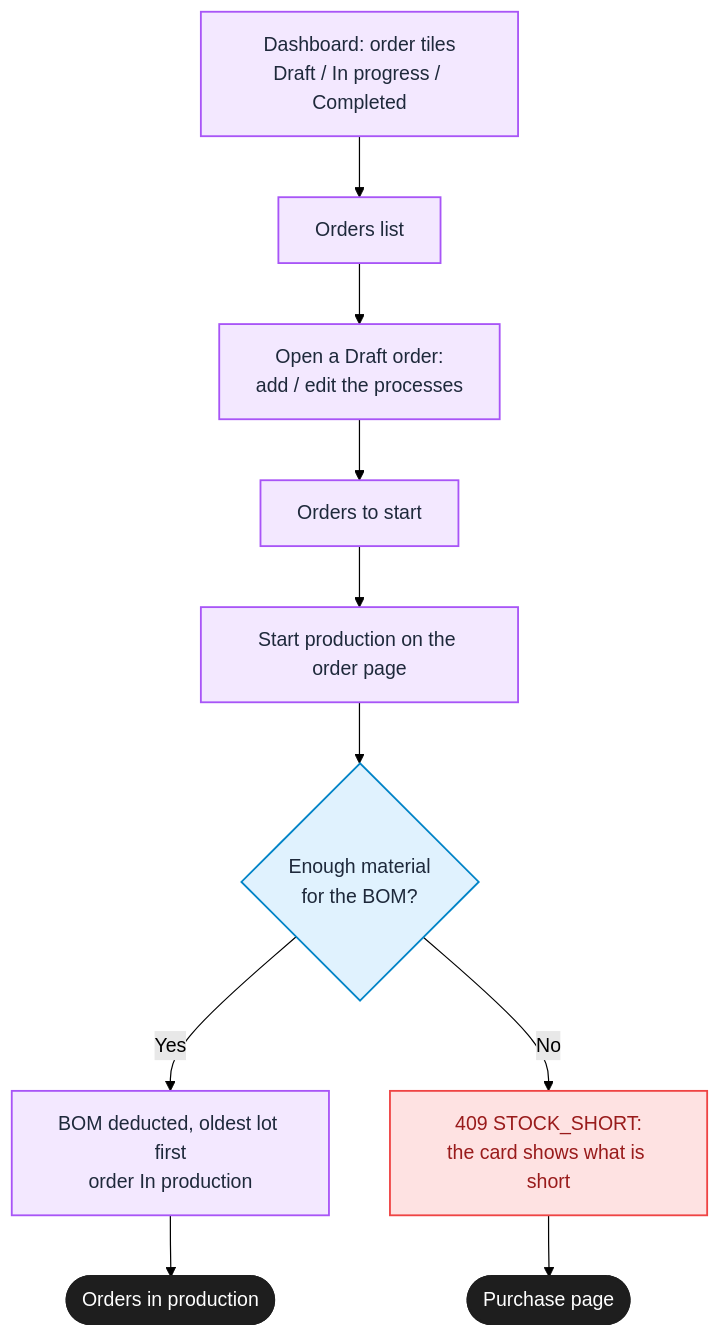
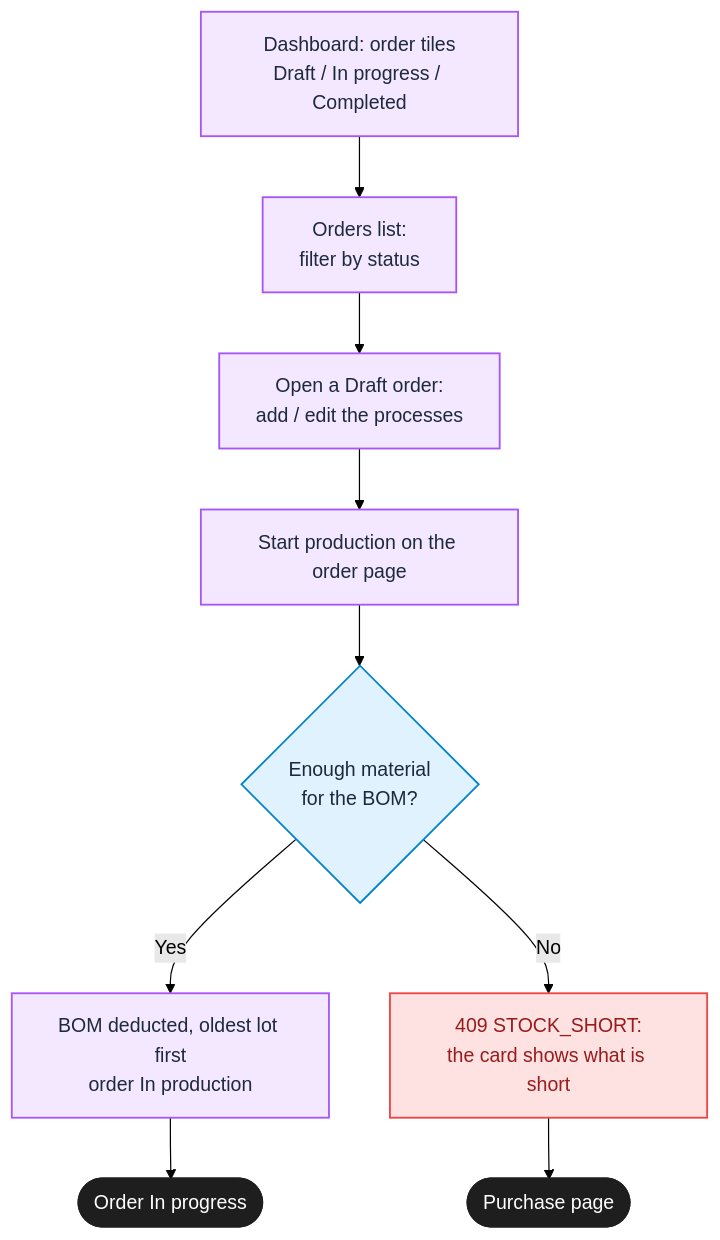
The fifth of 12 diagrams in docs/ProjectdocInfo/UserFlow/User Flow.md (Detmon0410/Base_Sample_ERP), drawn with Mermaid (forest theme) before and after one commit. The commit also changed other lines of this file and 12 other files, not shown here.

Commit message:
Diagrams follow the system: Accounting has a supplier side, Sale Worker does not edit orders, products have no processes and Materials are in Stock, the Dashboard only has order tiles, the Purchase page lists Low or Out materials, no mock in the architecture

````diff
--- a/docs/ProjectdocInfo/UserFlow/User Flow.md
+++ b/docs/ProjectdocInfo/UserFlow/User Flow.md
@@ -113,17 +114,16 @@
 ```mermaid
 flowchart TD
     classDef startEnd fill:#1e1e1e,stroke:#1e1e1e,color:#ffffff,stroke-width:2px;
     classDef action fill:#f3e8ff,stroke:#a855f7,color:#1e293b,stroke-width:1.5px;
     classDef decision fill:#e0f2fe,stroke:#0284c7,color:#1e293b,stroke-width:1.5px;
     classDef error fill:#fee2e2,stroke:#ef4444,color:#991b1b,stroke-width:1.5px;
 
-    T[Dashboard: order tiles<br/>Draft / In progress / Completed]:::action --> A0[Orders list]:::action
+    T[Dashboard: order tiles<br/>Draft / In progress / Completed]:::action --> A0[Orders list:<br/>filter by status]:::action
     A0 --> A00[Open a Draft order:<br/>add / edit the processes]:::action
-    A00 --> A1[Orders to start]:::action
-    A1 --> B1[Start production on the order page]:::action
+    A00 --> B1[Start production on the order page]:::action
     B1 --> B2{Enough material<br/>for the BOM?}:::decision
     B2 -- Yes --> B4[BOM deducted, oldest lot first<br/>order In production]:::action
     B2 -- No --> B3[409 STOCK_SHORT:<br/>the card shows what is short]:::error
-    B4 --> A2([Orders in production]):::startEnd
+    B4 --> A2([Order In progress]):::startEnd
     B3 --> P1([Purchase page]):::startEnd
 ```
````
